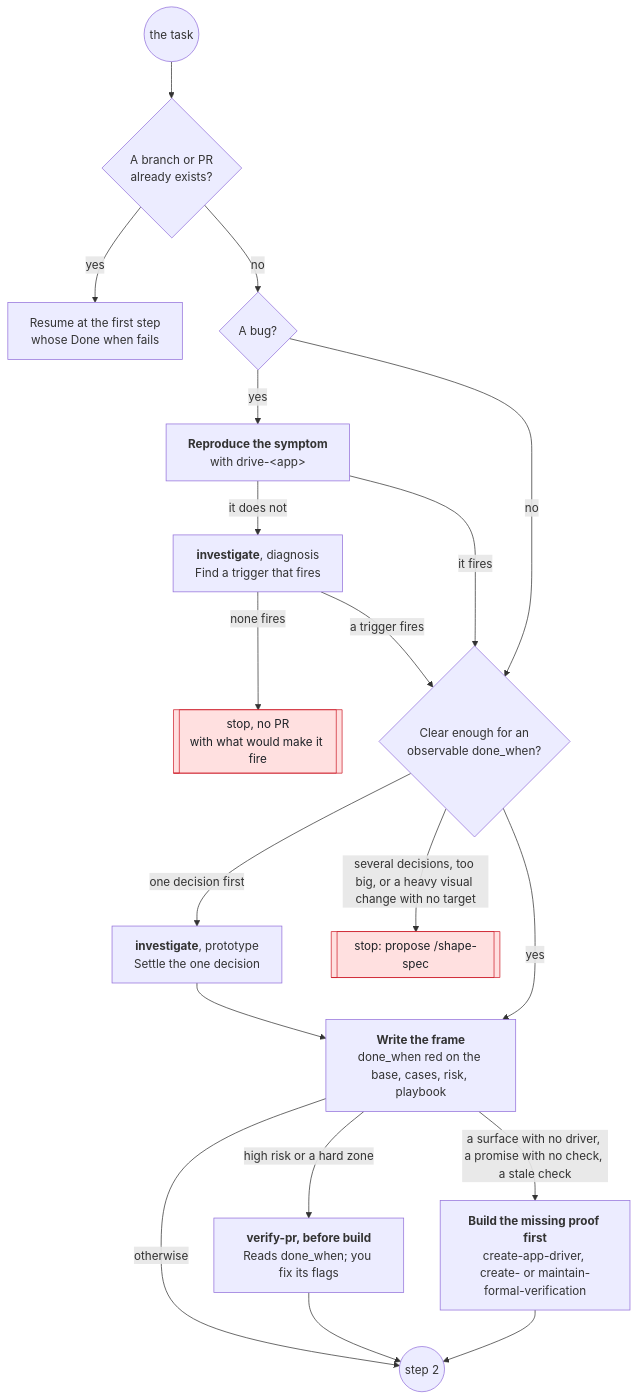
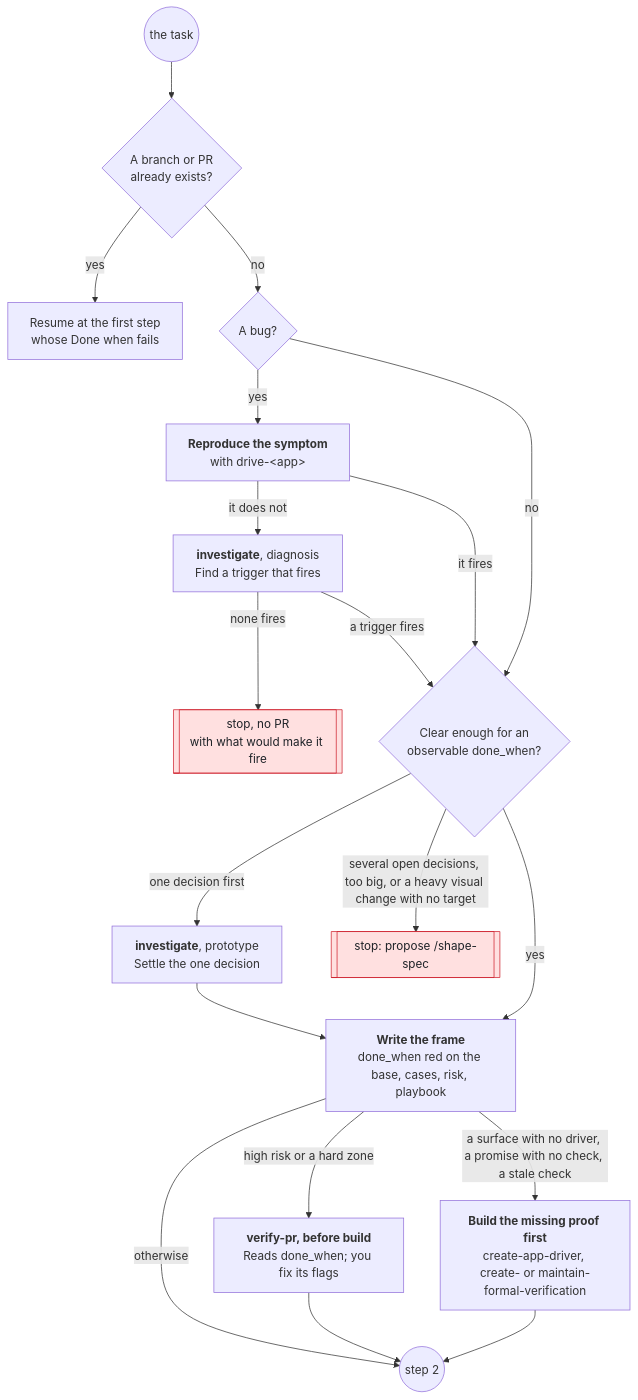
Before and after one commit to Ilian-Allaf/skillstack: the fourth of 13 diagrams in skills/GRAPH.md, drawn with Mermaid. The commit also changed other lines of this file, not shown here.

First line of the commit message:
Say "open decisions" in the graph, as ship does

````diff
--- a/skills/GRAPH.md
+++ b/skills/GRAPH.md
@@ -108,38 +110,38 @@
 ```mermaid
 flowchart TB
   task(("the task"))
   exists{"A branch or PR<br/>already exists?"}
   resume["Resume at the first step<br/>whose Done when fails"]
   bug{"A bug?"}
   repro["<b>Reproduce the symptom</b><br/>with drive-#lt;app#gt;"]
   diag["<b>investigate</b>, diagnosis<br/>Find a trigger that fires"]
   nopr[["stop, no PR<br/>with what would make it fire"]]
   clear{"Clear enough for an<br/>observable done_when?"}
   proto["<b>investigate</b>, prototype<br/>Settle the one decision"]
   shape[["stop: propose /shape-spec"]]
   frame["<b>Write the frame</b><br/>done_when red on the base, cases, risk, playbook"]
   lacks["<b>Build the missing proof first</b><br/>create-app-driver, create- or maintain-formal-verification"]
   pre["<b>verify-pr, before build</b><br/>Reads done_when; you fix its flags"]
   go(("step 2"))
 
   task --> exists
   exists -->|yes| resume
   exists -->|no| bug
   bug -->|yes| repro
   bug -->|no| clear
   repro -->|it fires| clear
   repro -->|it does not| diag
   diag -->|a trigger fires| clear
   diag -->|none fires| nopr
   clear -->|yes| frame
   clear -->|one decision first| proto --> frame
-  clear -->|"several decisions, too big, or a heavy visual change with no target"| shape
+  clear -->|"several open decisions, too big, or a heavy visual change with no target"| shape
   frame -->|"a surface with no driver, a promise with no check, a stale check"| lacks --> go
   frame -->|high risk or a hard zone| pre --> go
   frame -->|otherwise| go
 
   classDef ready fill:#d3f5dc,stroke:#1a7f37,color:#1f2328
   classDef human fill:#fff1c2,stroke:#9a6700,color:#1f2328
   classDef stop fill:#ffe0e0,stroke:#cf222e,color:#1f2328
   class nopr,shape stop
 ```
````
